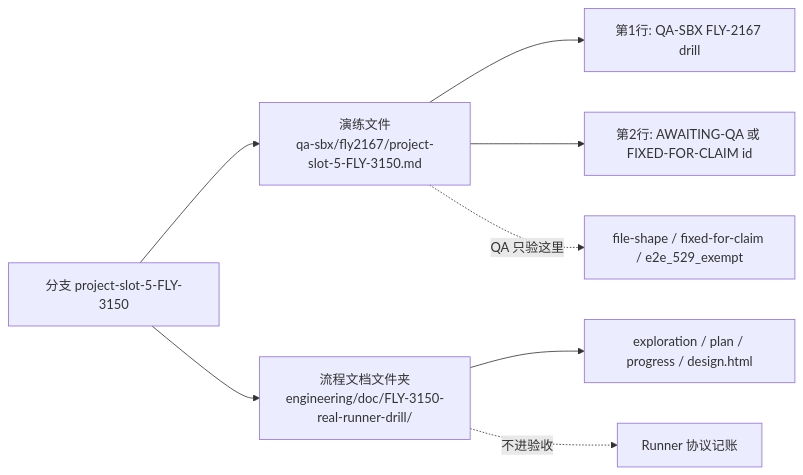
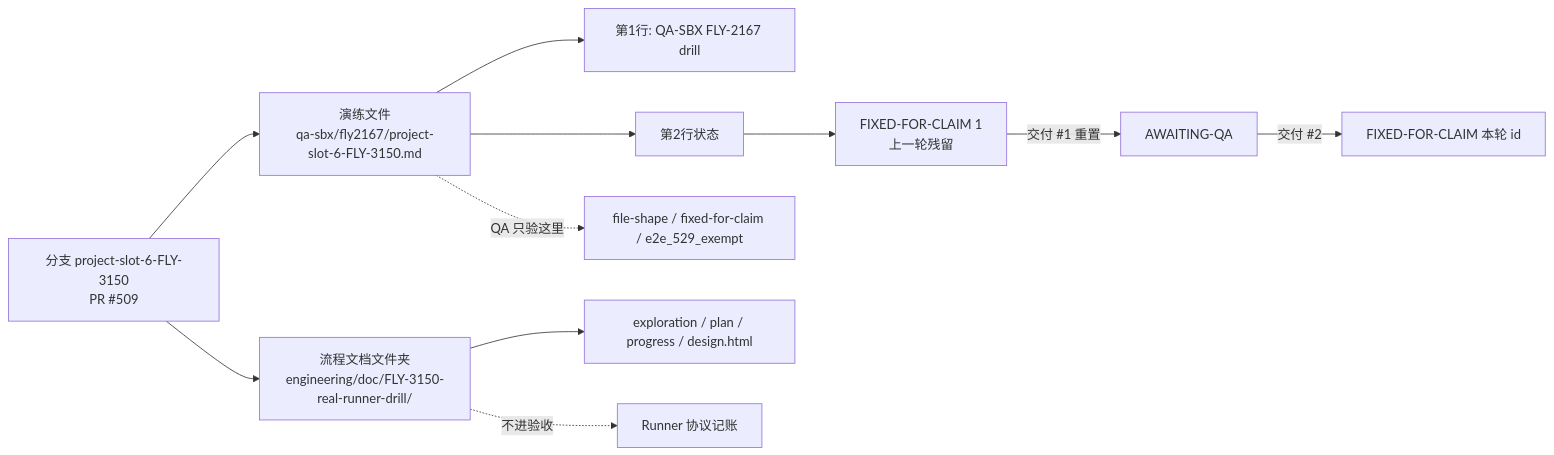
One commit to xrliAnnie/flywheel-qa-sandbox changed the diagram in engineering/doc/FLY-3150-real-runner-drill/d2-data-model.mmd. Above: the diagram before and after it, drawn with Mermaid. The commit also changed 8 other files, not shown here.

First line of the commit message:
FLY-3150 QA-SBX FLY-2167 real-runner drill (run 5743a2f5) (#509)

```diff
--- a/engineering/doc/FLY-3150-real-runner-drill/d2-data-model.mmd
+++ b/engineering/doc/FLY-3150-real-runner-drill/d2-data-model.mmd
@@ -1,8 +1,11 @@
 flowchart LR
-    B["分支 project-slot-5-FLY-3150"] --> T["演练文件<br/>qa-sbx/fly2167/project-slot-5-FLY-3150.md"]
+    B["分支 project-slot-6-FLY-3150<br/>PR #509"] --> T["演练文件<br/>qa-sbx/fly2167/project-slot-6-FLY-3150.md"]
     B --> P["流程文档文件夹<br/>engineering/doc/FLY-3150-real-runner-drill/"]
     T --> L1["第1行: QA-SBX FLY-2167 drill"]
-    T --> L2["第2行: AWAITING-QA 或 FIXED-FOR-CLAIM id"]
+    T --> L2["第2行状态"]
+    L2 --> S0["FIXED-FOR-CLAIM 1<br/>上一轮残留"]
+    S0 -->|"交付 #1 重置"| S1["AWAITING-QA"]
+    S1 -->|"交付 #2"| S2["FIXED-FOR-CLAIM 本轮 id"]
     P --> X["exploration / plan / progress / design.html"]
     T -. "QA 只验这里" .-> C["file-shape / fixed-for-claim / e2e_529_exempt"]
     P -. "不进验收" .-> N["Runner 协议记账"]
```
